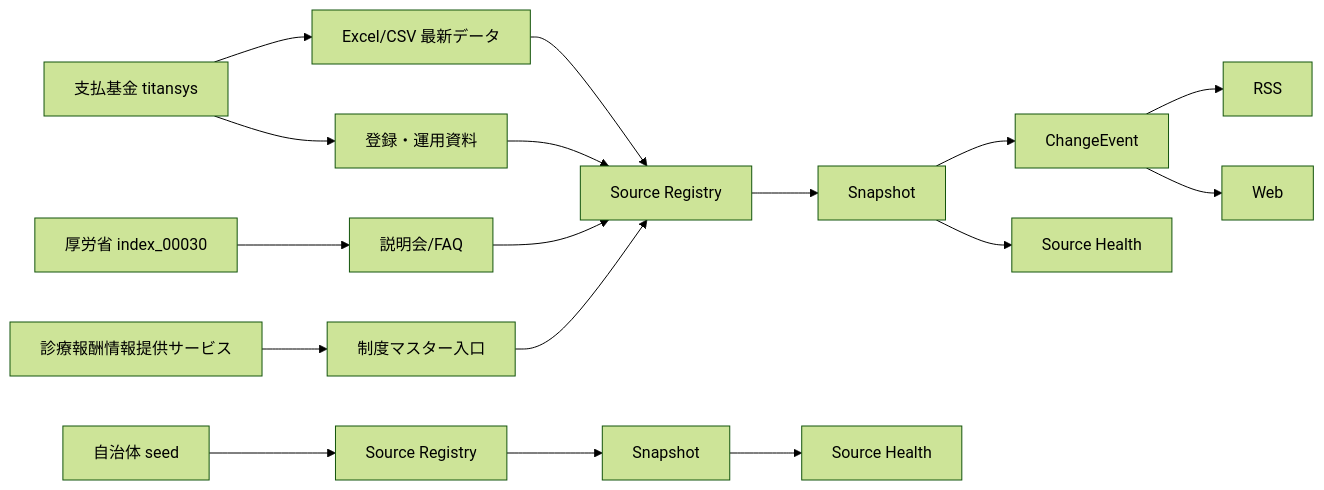
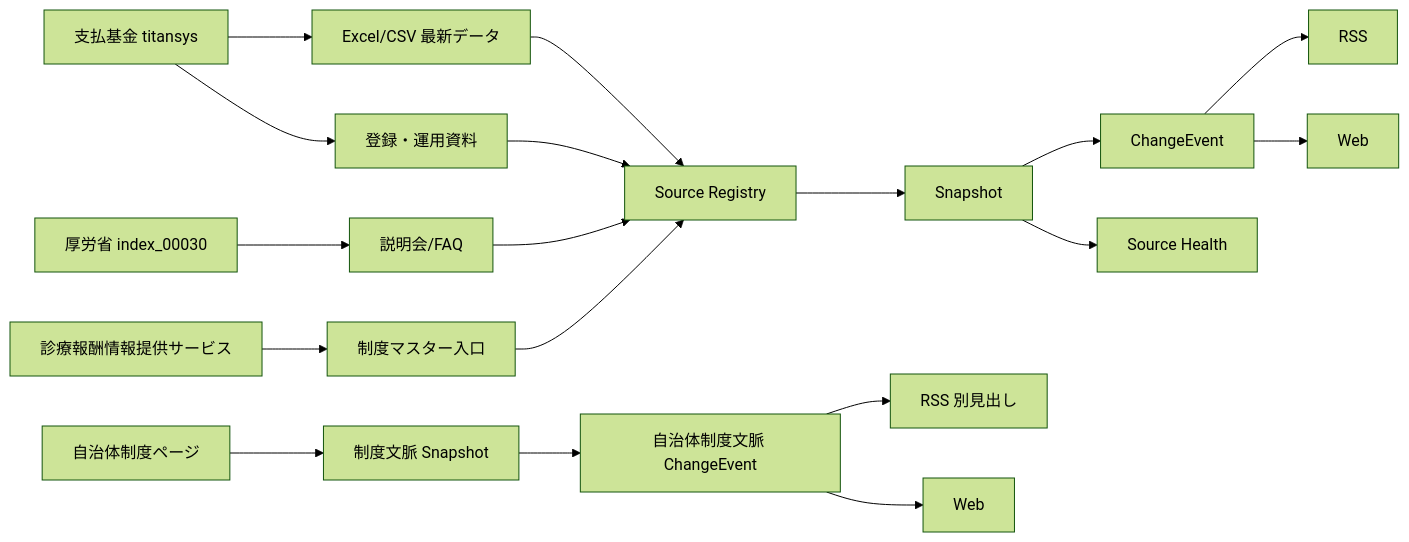
One commit to ryugen04/chitan-watch changed the diagram in docs/information-scope.md. Above: the diagram before and after it, drawn with Mermaid (forest theme). The commit also changed other lines of this file and 8 other files, not shown here.

````diff
--- a/docs/information-scope.md
+++ b/docs/information-scope.md
@@ -89,19 +89,20 @@
 ```mermaid
 flowchart LR
   A[支払基金 titansys] --> B[Excel/CSV 最新データ]
   A --> C[登録・運用資料]
   D[厚労省 index_00030] --> E[説明会/FAQ]
   F[診療報酬情報提供サービス] --> G[制度マスター入口]
   B --> H[Source Registry]
   C --> H
   E --> H
   G --> H
   H --> I[Snapshot]
   I --> J[ChangeEvent]
   J --> K[RSS]
   J --> L[Web]
   I --> M[Source Health]
-  N[自治体 seed] --> O[Source Registry]
-  O --> P[Snapshot]
-  P --> Q[Source Health]
+  N[自治体制度ページ] --> O[制度文脈 Snapshot]
+  O --> P[自治体制度文脈 ChangeEvent]
+  P --> Q[RSS 別見出し]
+  P --> R[Web]
 ```
````
